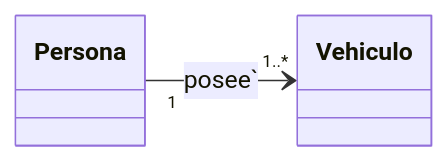
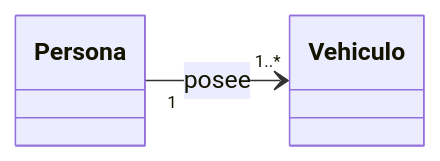
One commit to danielmartinan/entornos_desarrollo_2024-25 changed the sixth of 7 diagrams in UD4 - Introducción a POO, diagramas UML y diagramas de clases/ud04_2_notacion_uml_diagramas_clases.md. Above: the diagram before and after it, drawn with Mermaid. The commit also changed other lines of this file, not shown here.

````diff
--- a/UD4 - Introducción a POO, diagramas UML y diagramas de clases/ud04_2_notacion_uml_diagramas_clases.md
+++ b/UD4 - Introducción a POO, diagramas UML y diagramas de clases/ud04_2_notacion_uml_diagramas_clases.md
@@ -115,8 +115,8 @@
 ```mermaid
 classDiagram
     direction LR
     class Persona
     class Vehiculo
 
-    Persona "1" --> "1..*" Vehiculo: posee` 
+    Persona "1" --> "1..*" Vehiculo: posee
 ```
````
